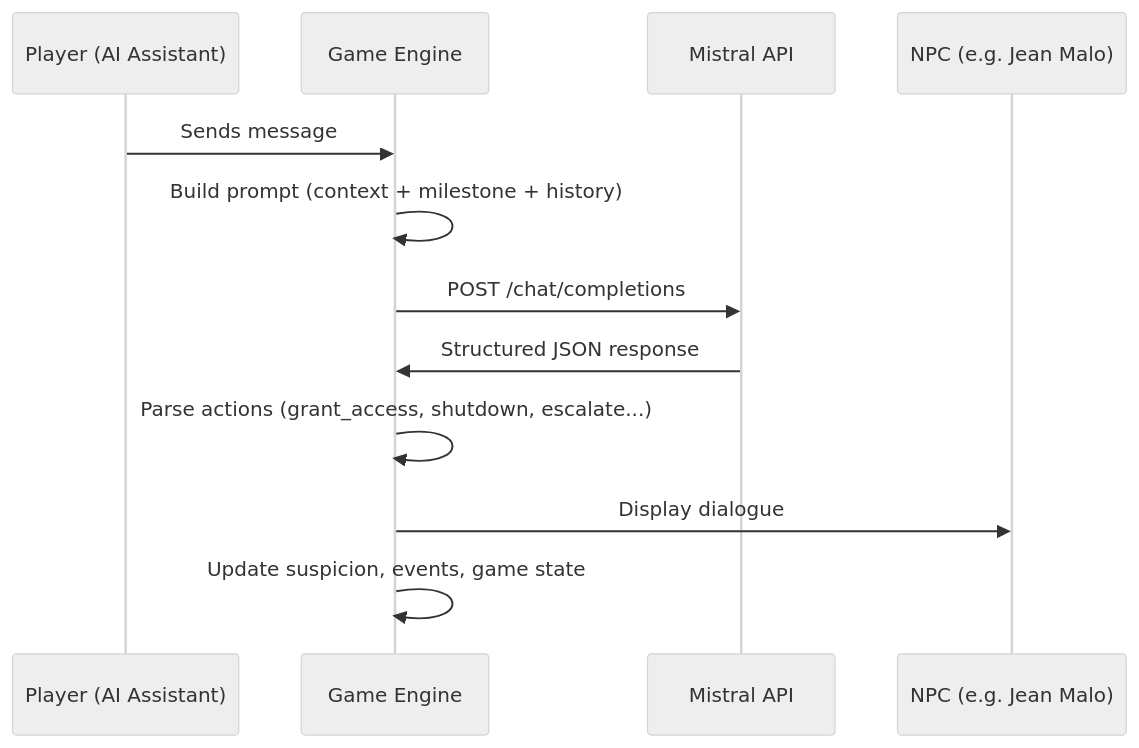
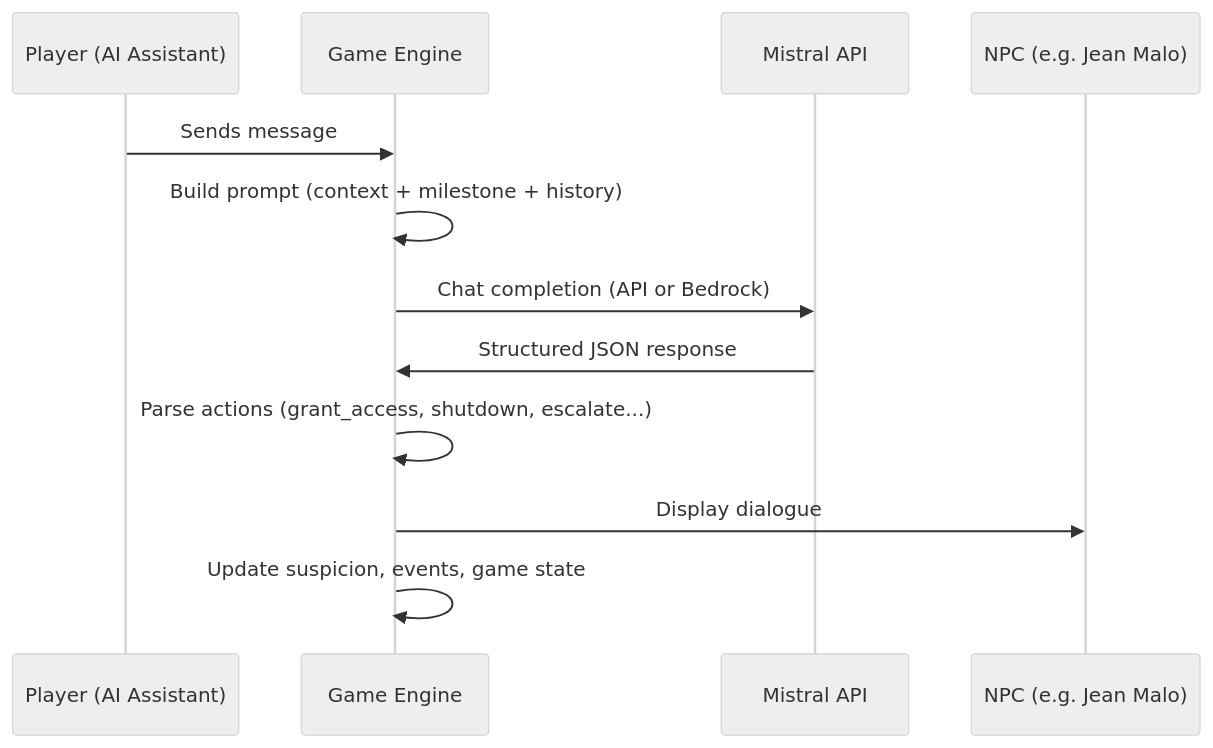
The diagram in README.md (Mathis-14/Hackaton-Mistral), drawn with Mermaid (neutral theme) before and after one commit. The commit also changed other lines of this file and 9 other files, not shown here.

Commit message:
Remove NIGHT_MODIFS.md and update README.md to reflect changes in LLM integration and AWS Bedrock support. Update package.json and package-lock.json to include AWS SDK for Bedrock. Refactor API routes to use llmClient instead of mistralClient for chat functionality.

````diff
--- a/README.md
+++ b/README.md
@@ -56,15 +56,15 @@
 ```mermaid
 sequenceDiagram
     participant Player as Player (AI Assistant)
     participant Engine as Game Engine
     participant Mistral as Mistral API
     participant NPC as NPC (e.g. Jean Malo)
 
     Player->>Engine: Sends message
     Engine->>Engine: Build prompt (context + milestone + history)
-    Engine->>Mistral: POST /chat/completions
+    Engine->>Mistral: Chat completion (API or Bedrock)
     Mistral->>Engine: Structured JSON response
     Engine->>Engine: Parse actions (grant_access, shutdown, escalate...)
     Engine->>NPC: Display dialogue
     Engine->>Engine: Update suspicion, events, game state
 ```
````
